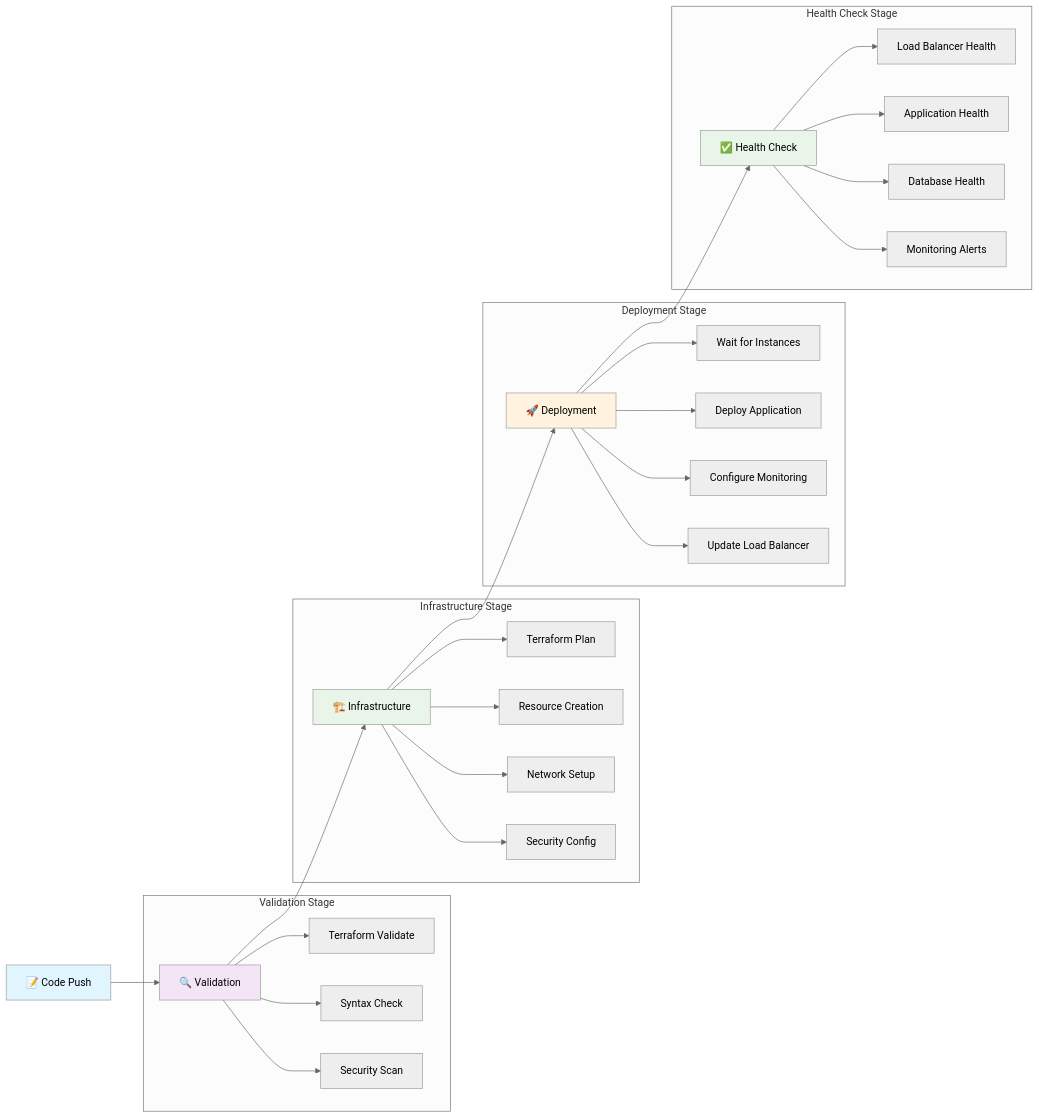
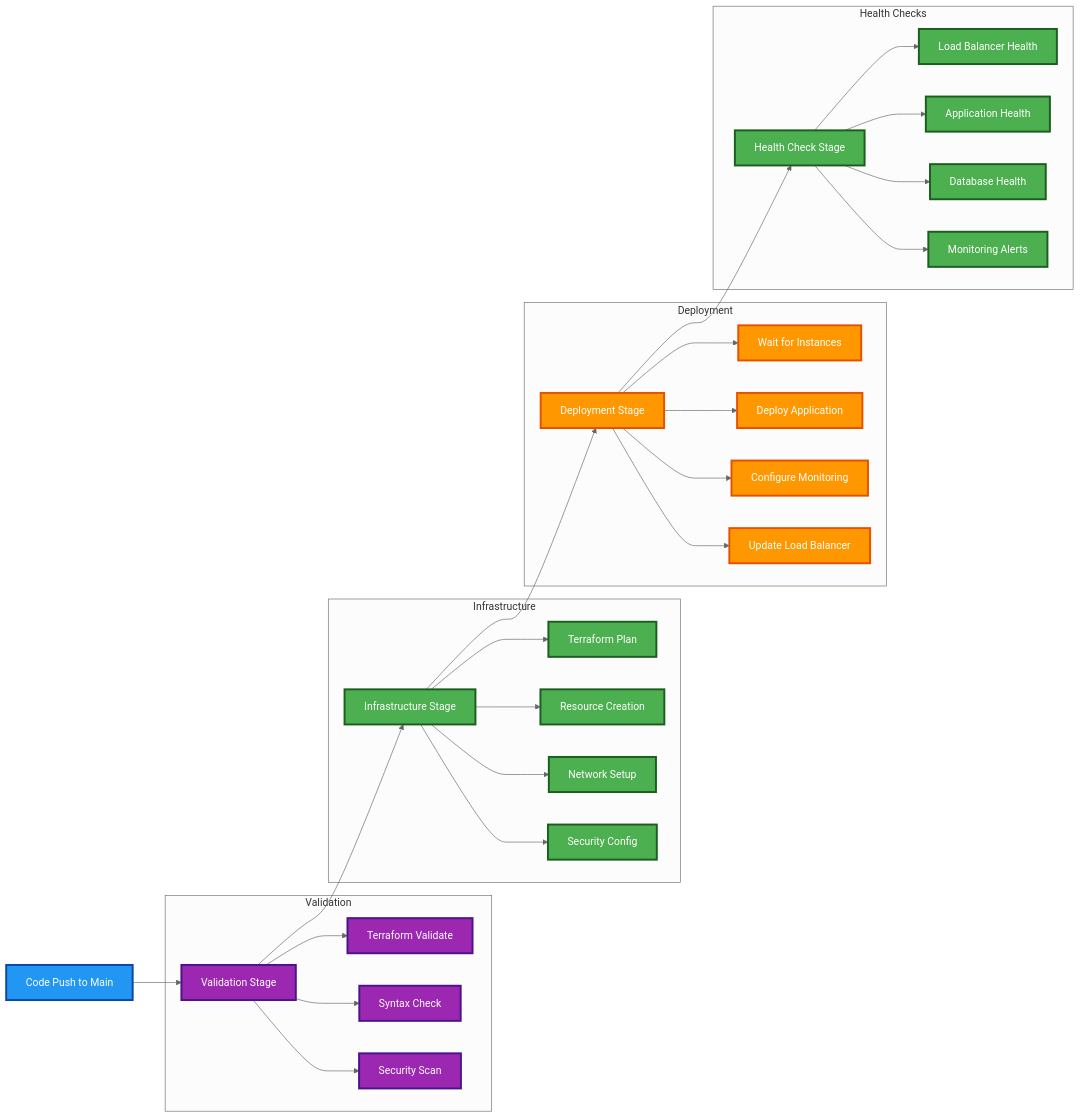
The fifth of 7 diagrams in README.md (mangucletus/proxy-lamp-stack-application), drawn with Mermaid (neutral theme) before and after one commit. The commit also changed other lines of this file and 1 other file, not shown here.

````diff
--- a/README.md
+++ b/README.md
@@ -573,40 +595,46 @@
 ```mermaid
 flowchart LR
-    A[📝 Code Push] --> B[🔍 Validation]
-    B --> C[🏗️ Infrastructure]
-    C --> D[🚀 Deployment]
-    D --> E[✅ Health Check]
+    A[Code Push to Main] --> B[Validation Stage]
+    B --> C[Infrastructure Stage]
+    C --> D[Deployment Stage]
+    D --> E[Health Check Stage]
     
-    subgraph "Validation Stage"
+    subgraph "Validation"
         B --> B1[Terraform Validate]
         B --> B2[Syntax Check]
         B --> B3[Security Scan]
     end
     
-    subgraph "Infrastructure Stage"
+    subgraph "Infrastructure"
         C --> C1[Terraform Plan]
         C --> C2[Resource Creation]
         C --> C3[Network Setup]
         C --> C4[Security Config]
     end
     
-    subgraph "Deployment Stage"
+    subgraph "Deployment"
         D --> D1[Wait for Instances]
         D --> D2[Deploy Application]
         D --> D3[Configure Monitoring]
         D --> D4[Update Load Balancer]
     end
     
-    subgraph "Health Check Stage"
+    subgraph "Health Checks"
         E --> E1[Load Balancer Health]
         E --> E2[Application Health]
         E --> E3[Database Health]
         E --> E4[Monitoring Alerts]
     end
     
-    style A fill:#e1f5fe
-    style B fill:#f3e5f5
-    style C fill:#e8f5e8
-    style D fill:#fff3e0
-    style E fill:#e8f5e8
+    classDef pushClass fill:#2196f3,stroke:#0d47a1,stroke-width:3px,color:#fff
+    classDef validationClass fill:#9c27b0,stroke:#4a148c,stroke-width:3px,color:#fff
+    classDef infraClass fill:#4caf50,stroke:#1b5e20,stroke-width:3px,color:#fff
+    classDef deployClass fill:#ff9800,stroke:#e65100,stroke-width:3px,color:#fff
+    classDef healthClass fill:#4caf50,stroke:#1b5e20,stroke-width:3px,color:#fff
+    
+    class A pushClass
+    class B,B1,B2,B3 validationClass
+    class C,C1,C2,C3,C4 infraClass
+    class D,D1,D2,D3,D4 deployClass
+    class E,E1,E2,E3,E4 healthClass
 ```
````
